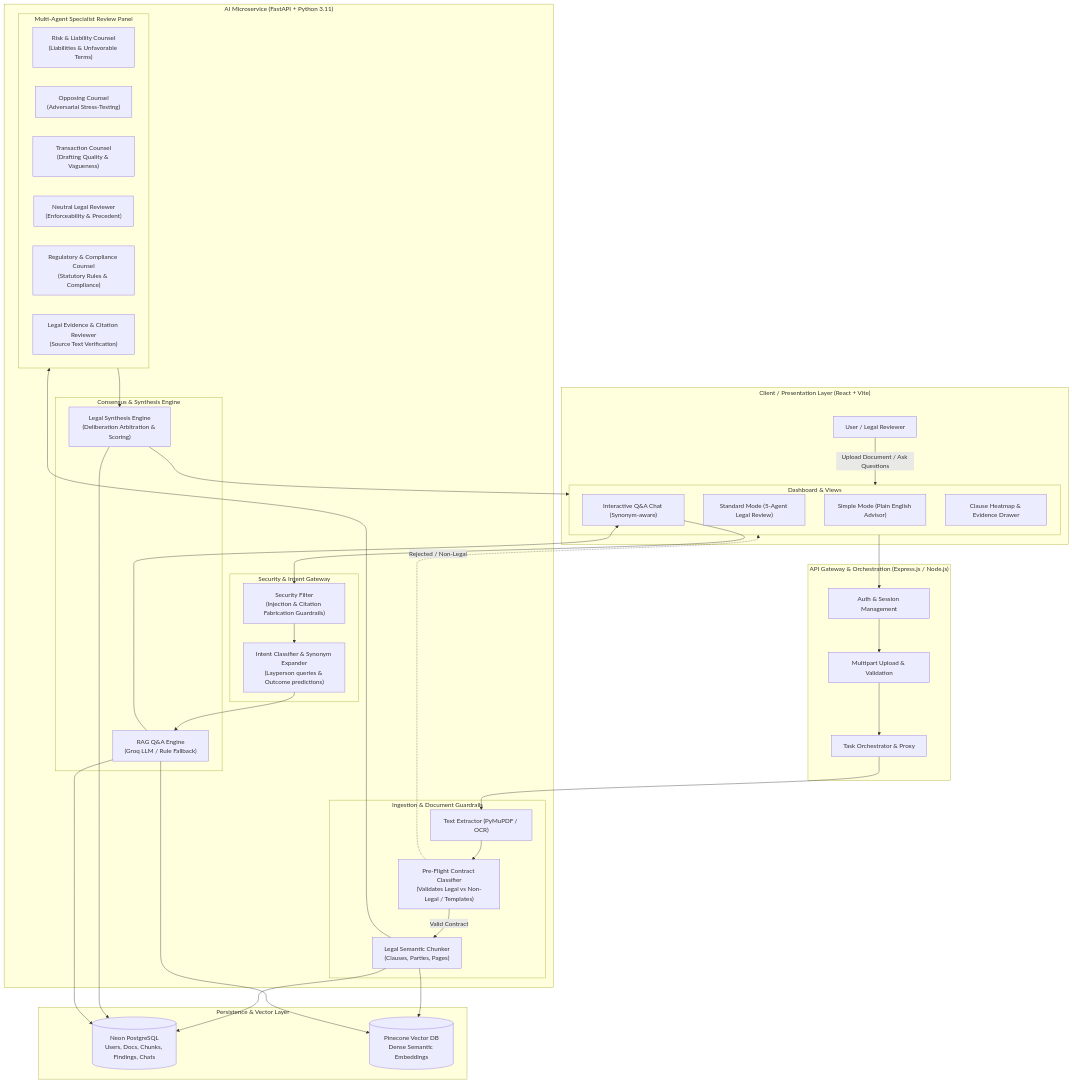
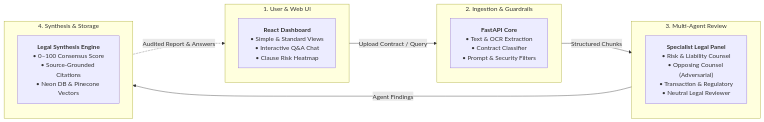
The diagram in README.md (karteeksai1/LegalAid), drawn with Mermaid before and after one commit. The commit also changed other lines of this file, not shown here.

Commit message:
feat: Revise system architecture diagram for clarity; enhance presentation summary with detailed stages of the review pipeline

````diff
--- a/README.md
+++ b/README.md
@@ -24,74 +24,23 @@
 ```mermaid
-flowchart TB
-    subgraph UI["Client / Presentation Layer (React + Vite)"]
-        User["User / Legal Reviewer"]
-        subgraph Views["Dashboard & Views"]
-            SimpleView["Simple Mode (Plain English Advisor)"]
-            StdView["Standard Mode (5-Agent Legal Review)"]
-            ChatUI["Interactive Q&A Chat (Synonym-aware)"]
-            FindingsUI["Clause Heatmap & Evidence Drawer"]
-        end
+flowchart LR
+    subgraph S1["1. User & Web UI"]
+        A["<b>React Dashboard</b><br/>• Simple & Standard Views<br/>• Interactive Q&A Chat<br/>• Clause Risk Heatmap"]
     end
 
-    subgraph Gateway["API Gateway & Orchestration (Express.js / Node.js)"]
-        Auth["Auth & Session Management"]
-        UploadHandler["Multipart Upload & Validation"]
-        JobRouter["Task Orchestrator & Proxy"]
+    subgraph S2["2. Ingestion & Guardrails"]
+        B["<b>FastAPI Core</b><br/>• Text & OCR Extraction<br/>• Contract Classifier<br/>• Prompt & Security Filters"]
     end
 
-    subgraph AIService["AI Microservice (FastAPI + Python 3.11)"]
-        subgraph Ingestion["Ingestion & Document Guardrails"]
-            Parser["Text Extractor (PyMuPDF / OCR)"]
-            DocClassifier["Pre-Flight Contract Classifier<br/>(Validates Legal vs Non-Legal / Templates)"]
-            Chunker["Legal Semantic Chunker<br/>(Clauses, Parties, Pages)"]
-        end
-
-        subgraph Guardrails["Security & Intent Gateway"]
-            SecFilter["Security Filter<br/>(Injection & Citation Fabrication Guardrails)"]
-            IntentRouter["Intent Classifier & Synonym Expander<br/>(Layperson queries & Outcome predictions)"]
-        end
-
-        subgraph Agents["Multi-Agent Specialist Review Panel"]
-            RLC["Risk & Liability Counsel<br/>(Liabilities & Unfavorable Terms)"]
-            OC["Opposing Counsel<br/>(Adversarial Stress-Testing)"]
-            TC["Transaction Counsel<br/>(Drafting Quality & Vagueness)"]
-            NLR["Neutral Legal Reviewer<br/>(Enforceability & Precedent)"]
-            RCC["Regulatory & Compliance Counsel<br/>(Statutory Rules & Compliance)"]
-            LECR["Legal Evidence & Citation Reviewer<br/>(Source Text Verification)"]
-        end
-
-        subgraph Synthesis["Consensus & Synthesis Engine"]
-            Arbiter["Legal Synthesis Engine<br/>(Deliberation Arbitration & Scoring)"]
-            RAGEngine["RAG Q&A Engine<br/>(Groq LLM / Rule Fallback)"]
-        end
+    subgraph S3["3. Multi-Agent Review"]
+        C["<b>Specialist Legal Panel</b><br/>• Risk & Liability Counsel<br/>• Opposing Counsel (Adversarial)<br/>• Transaction & Regulatory<br/>• Neutral Legal Reviewer"]
     end
 
-    subgraph Data["Persistence & Vector Layer"]
-        Postgres[("Neon PostgreSQL<br/>Users, Docs, Chunks, Findings, Chats")]
-        Pinecone[("Pinecone Vector DB<br/>Dense Semantic Embeddings")]
+    subgraph S4["4. Synthesis & Storage"]
+        D["<b>Legal Synthesis Engine</b><br/>• 0–100 Consensus Score<br/>• Source-Grounded Citations<br/>• Neon DB & Pinecone Vectors"]
     end
 
-    User -->|Upload Document / Ask Questions| Views
-    Views --> Auth
-    Auth --> UploadHandler
-    UploadHandler --> JobRouter
-
-    JobRouter --> Parser
-    Parser --> DocClassifier
-    DocClassifier -->|Valid Contract| Chunker
-    DocClassifier -.->|Rejected / Non-Legal| Views
-    Chunker --> Postgres
-    Chunker --> Pinecone
-
-    Chunker --> Agents
-    Agents --> Arbiter
-    Arbiter --> Postgres
-    Arbiter --> Views
-
-    ChatUI --> SecFilter
-    SecFilter --> IntentRouter
-    IntentRouter --> RAGEngine
-    RAGEngine --> Pinecone
-    RAGEngine --> Postgres
-    RAGEngine --> ChatUI
+    S1 -->|Upload Contract / Query| S2
+    S2 -->|Structured Chunks| S3
+    S3 -->|Agent Findings| S4
+    S4 -.->|Audited Report & Answers| S1
 ```
````
